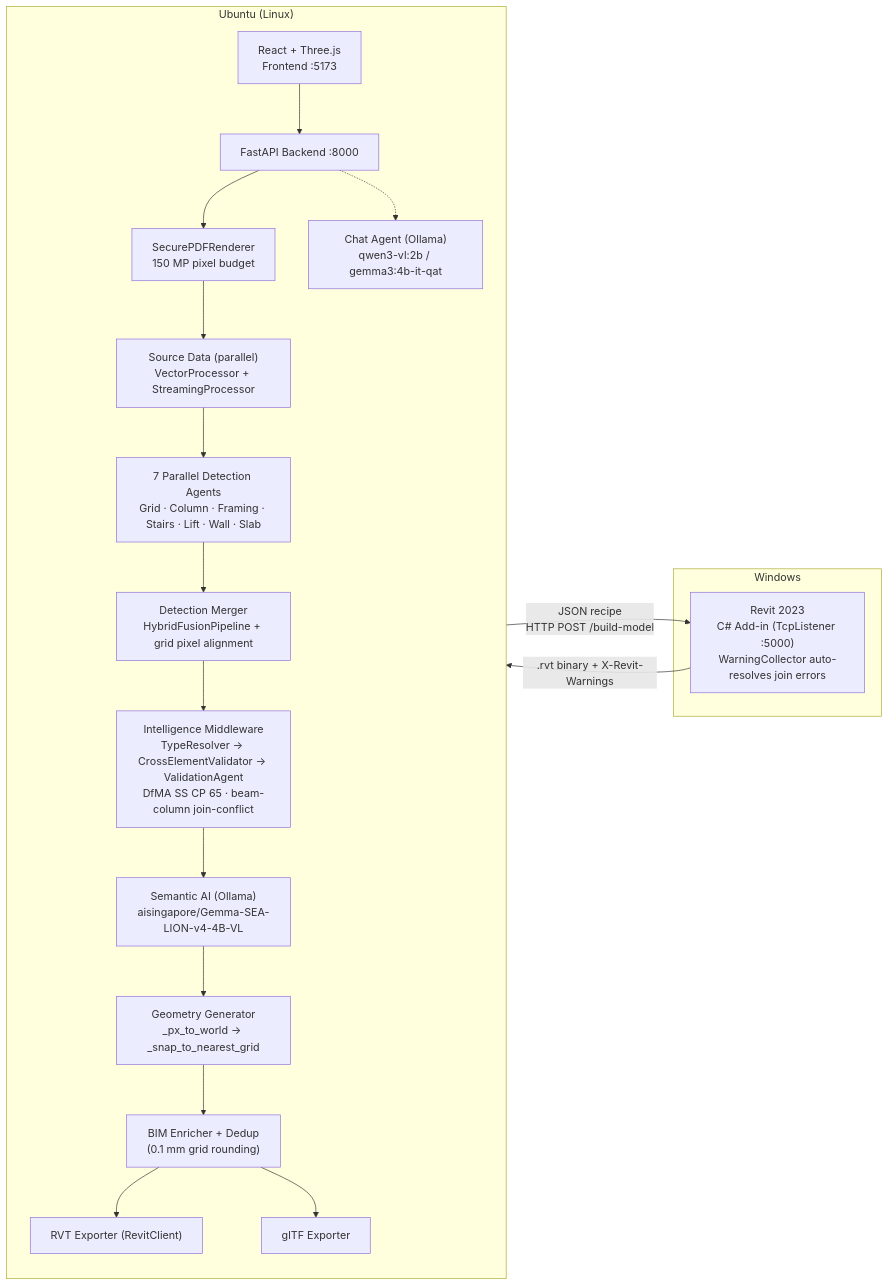
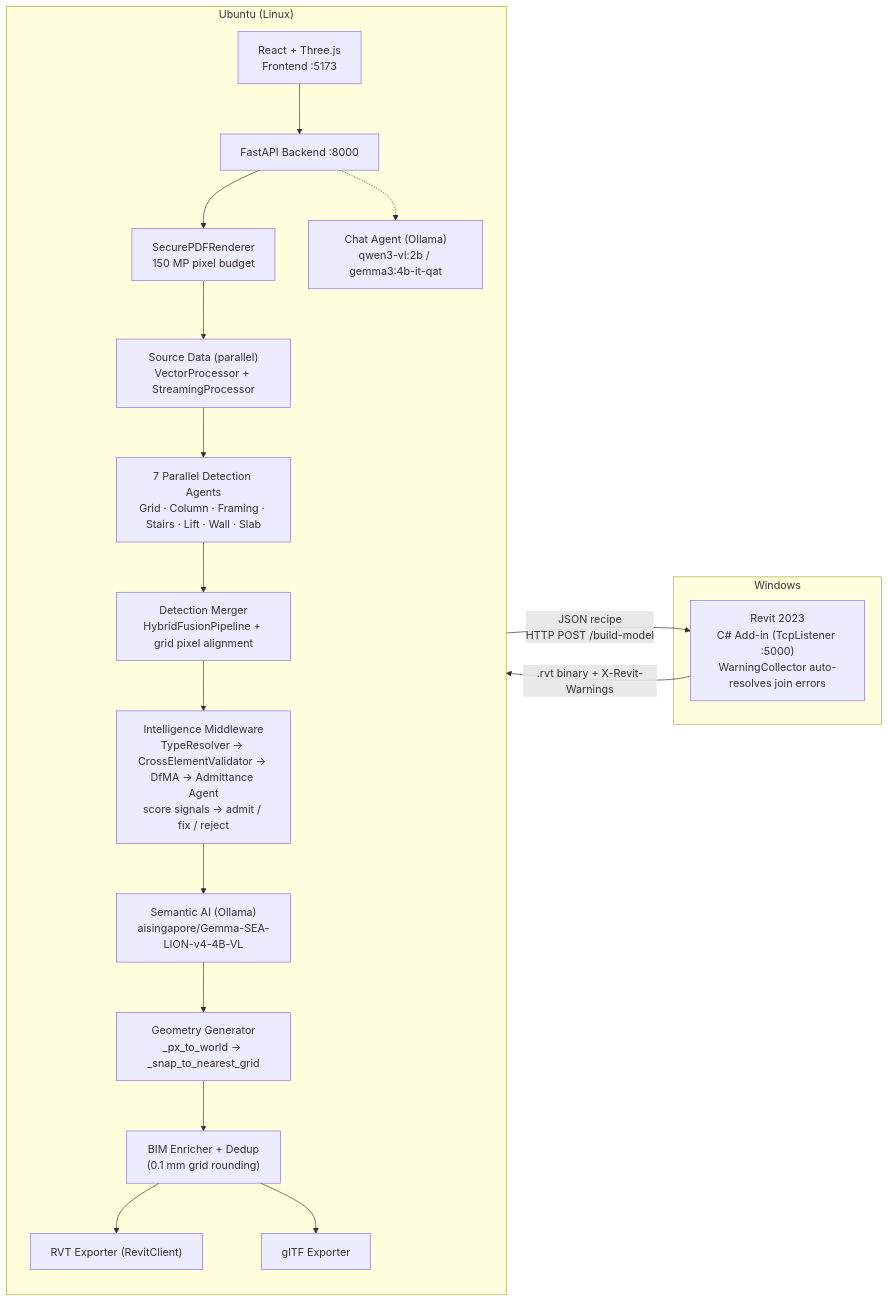
The first of 3 diagrams in DEPLOYMENT.md (josephteh97/mcc-amplify-v4), drawn with Mermaid before and after one commit. The commit also changed other lines of this file and 2 other files, not shown here.

````diff
--- a/DEPLOYMENT.md
+++ b/DEPLOYMENT.md
@@ -24,32 +24,32 @@
 ```mermaid
 flowchart LR
     subgraph UBUNTU["Ubuntu (Linux)"]
         direction TB
         FE["React + Three.js\nFrontend :5173"]
         API["FastAPI Backend :8000"]
         SEC["SecurePDFRenderer\n150 MP pixel budget"]
         SRC["Source Data (parallel)\nVectorProcessor + StreamingProcessor"]
         AGENTS["7 Parallel Detection Agents\nGrid · Column · Framing · Stairs · Lift · Wall · Slab"]
         MERGE["Detection Merger\nHybridFusionPipeline + grid pixel alignment"]
-        INT["Intelligence Middleware\nTypeResolver → CrossElementValidator → ValidationAgent\nDfMA SS CP 65 · beam-column join-conflict"]
+        INT["Intelligence Middleware\nTypeResolver → CrossElementValidator → DfMA → Admittance Agent\nscore signals → admit / fix / reject"]
         SEM["Semantic AI (Ollama)\naisingapore/Gemma-SEA-LION-v4-4B-VL"]
         GEO["Geometry Generator\n_px_to_world → _snap_to_nearest_grid"]
         BTE["BIM Enricher + Dedup\n(0.1 mm grid rounding)"]
         RVTEXP["RVT Exporter (RevitClient)"]
         GLTEXP["glTF Exporter"]
         CHAT["Chat Agent (Ollama)\nqwen3-vl:2b / gemma3:4b-it-qat"]
 
         FE --> API
         API --> SEC --> SRC --> AGENTS --> MERGE --> INT --> SEM --> GEO --> BTE
         BTE --> RVTEXP
         BTE --> GLTEXP
         API -.-> CHAT
     end
 
     subgraph WIN["Windows"]
         REVIT["Revit 2023\nC# Add-in (TcpListener :5000)\nWarningCollector auto-resolves join errors"]
     end
 
     RVTEXP -->|"JSON recipe\nHTTP POST /build-model"| REVIT
     REVIT -->|".rvt binary + X-Revit-Warnings"| RVTEXP
 ```
````
